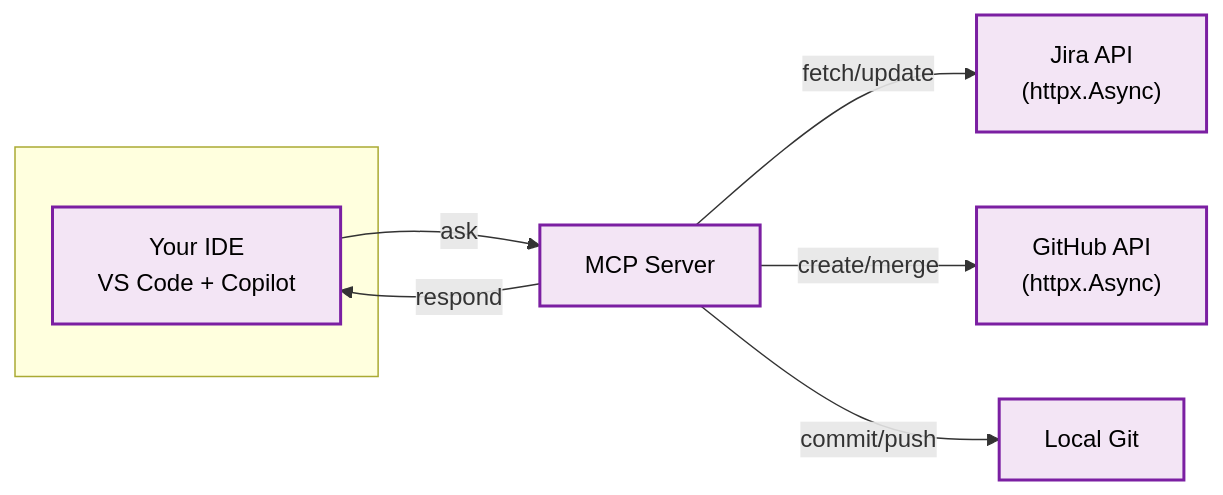
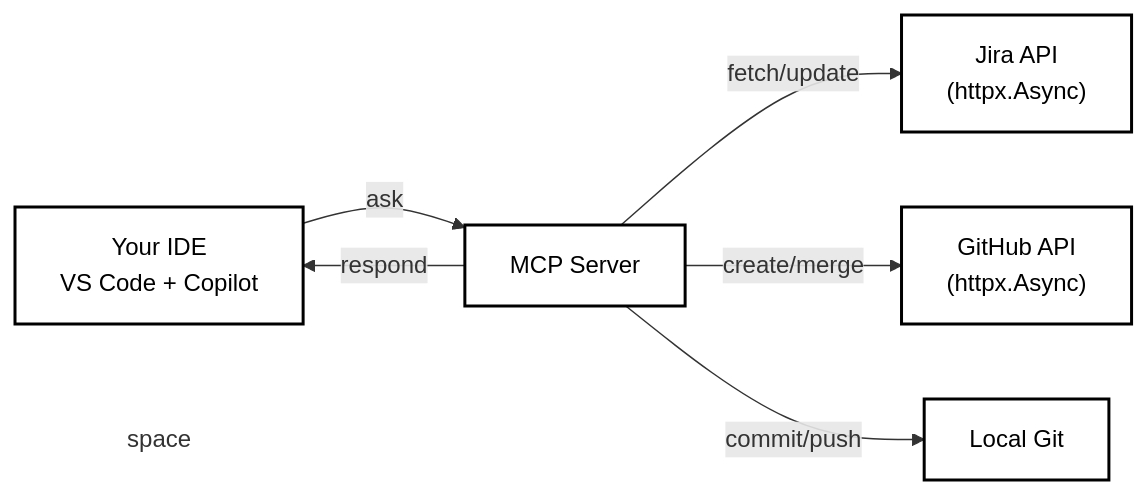
One commit to TamarEngel/jira-github-mcp changed the diagram in README.md. Above: the diagram before and after it, drawn with Mermaid.

Commit message:
docs: update README1

````diff
--- a/README.md
+++ b/README.md
@@ -179,23 +179,23 @@
 ```mermaid
 graph LR
-    subgraph " "
-        IDE["Your IDE<br/>VS Code + Copilot"]
-    end
+    IDE["Your IDE<br/>VS Code + Copilot"]
+    
     
     MCP["MCP Server"]
     JIRA["Jira API<br/>(httpx.Async)"]
     GITHUB["GitHub API<br/>(httpx.Async)"]
     GIT["Local Git"]
     
     IDE -->|ask| MCP
     MCP -->|fetch/update| JIRA
     MCP -->|create/merge| GITHUB
     MCP -->|commit/push| GIT
     MCP -->|respond| IDE
     
-    style IDE fill:#f3e5f5,stroke:#7b1fa2,stroke-width:2px,color:#000
-    style MCP fill:#f3e5f5,stroke:#7b1fa2,stroke-width:2px,color:#000
-    style JIRA fill:#f3e5f5,stroke:#7b1fa2,stroke-width:2px,color:#000
-    style GITHUB fill:#f3e5f5,stroke:#7b1fa2,stroke-width:2px,color:#000
-    style GIT fill:#f3e5f5,stroke:#7b1fa2,stroke-width:2px,color:#000
+    style IDE fill:#ffffff,stroke:#000000,stroke-width:2px,color:#000
+    style MCP fill:#ffffff,stroke:#000000,stroke-width:2px,color:#000
+    style JIRA fill:#ffffff,stroke:#000000,stroke-width:2px,color:#000
+    style GITHUB fill:#ffffff,stroke:#000000,stroke-width:2px,color:#000
+    style GIT fill:#ffffff,stroke:#000000,stroke-width:2px,color:#000
+    style space fill:none,stroke:none
 ```
````
